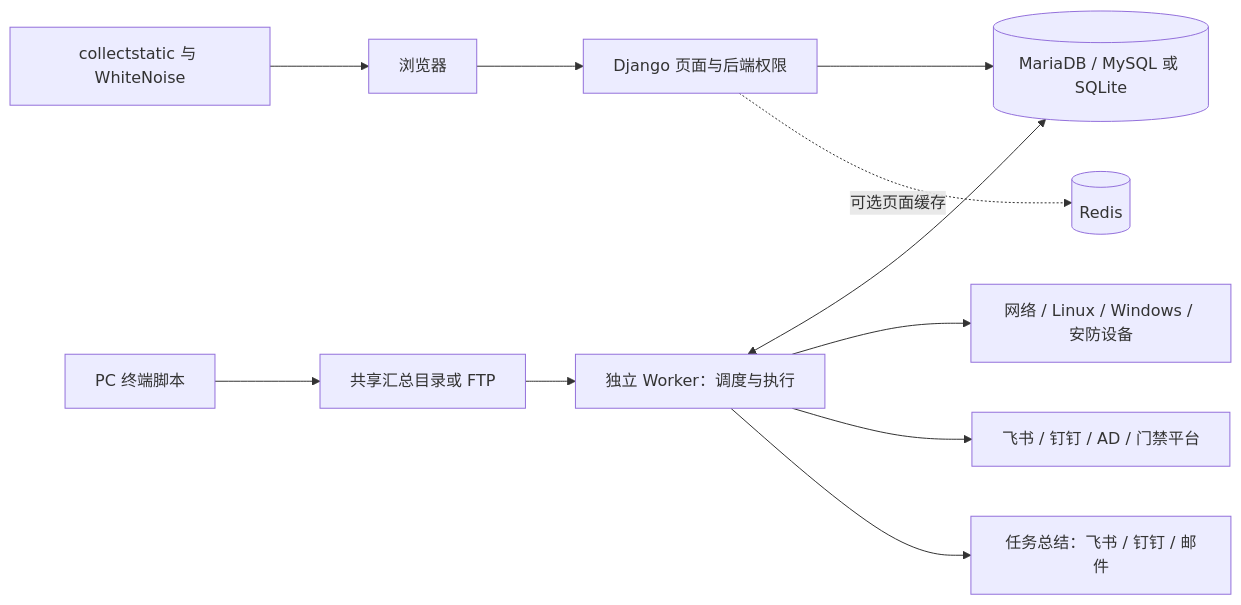
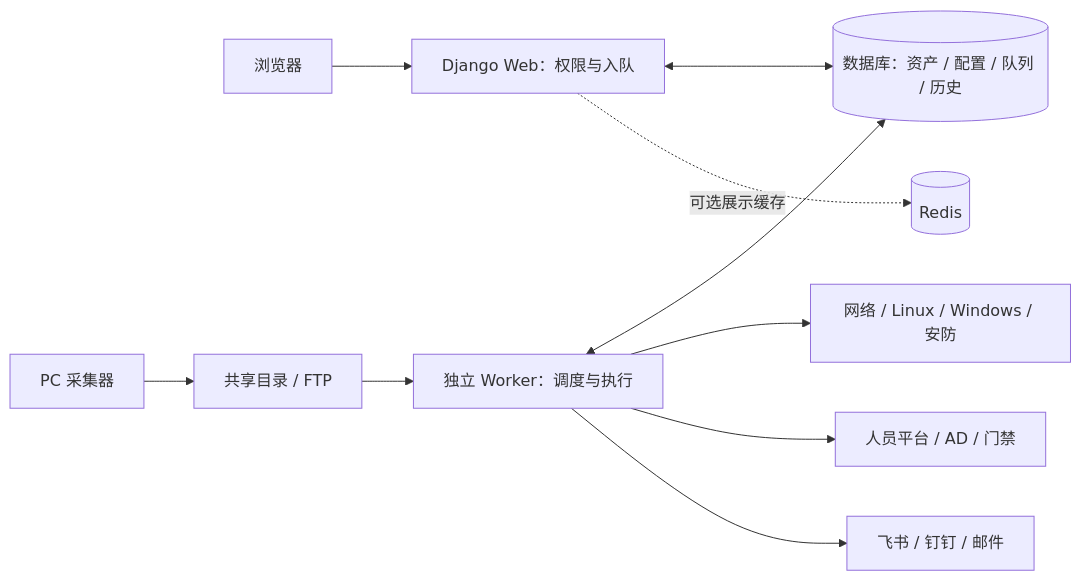
Before and after one commit to a87150/Net-Inspection: the diagram in README.md, drawn with Mermaid. The commit also changed other lines of this file and 16 other files, not shown here.

````diff
--- a/README.md
+++ b/README.md
@@ -106,13 +130,12 @@
 ```mermaid
 flowchart LR
-    Browser[浏览器] --> Web[Django 页面与后端权限]
-    Web --> DB[(MariaDB / MySQL 或 SQLite)]
+    Browser[浏览器] --> Web[Django Web：权限与入队]
+    Web <--> DB[(数据库：资产 / 配置 / 队列 / 历史)]
     Worker[独立 Worker：调度与执行] <--> DB
-    Worker --> Devices[网络 / Linux / Windows / 安防设备]
-    Worker --> Platforms[飞书 / 钉钉 / AD / 门禁平台]
-    PC[PC 终端脚本] --> Share[共享汇总目录或 FTP]
+    PC[PC 采集器] --> Share[共享目录 / FTP]
     Share --> Worker
-    Worker --> Notice[任务总结：飞书 / 钉钉 / 邮件]
-    Web -. 可选页面缓存 .-> Redis[(Redis)]
-    Static[collectstatic 与 WhiteNoise] --> Browser
+    Worker --> Devices[网络 / Linux / Windows / 安防]
+    Worker --> Platforms[人员平台 / AD / 门禁]
+    Worker --> Alerts[飞书 / 钉钉 / 邮件]
+    Web -. 可选展示缓存 .-> Redis[(Redis)]
 ```
````
